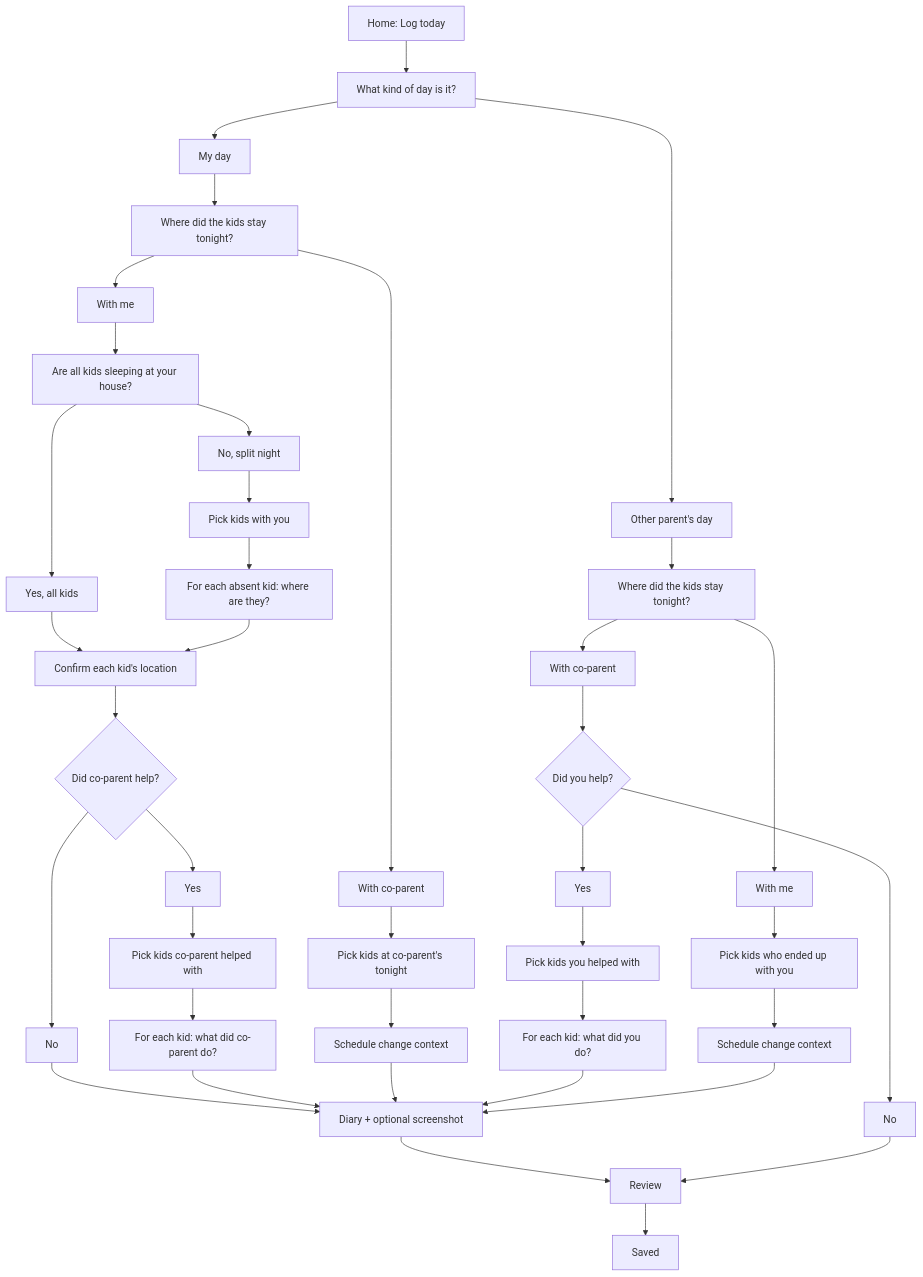
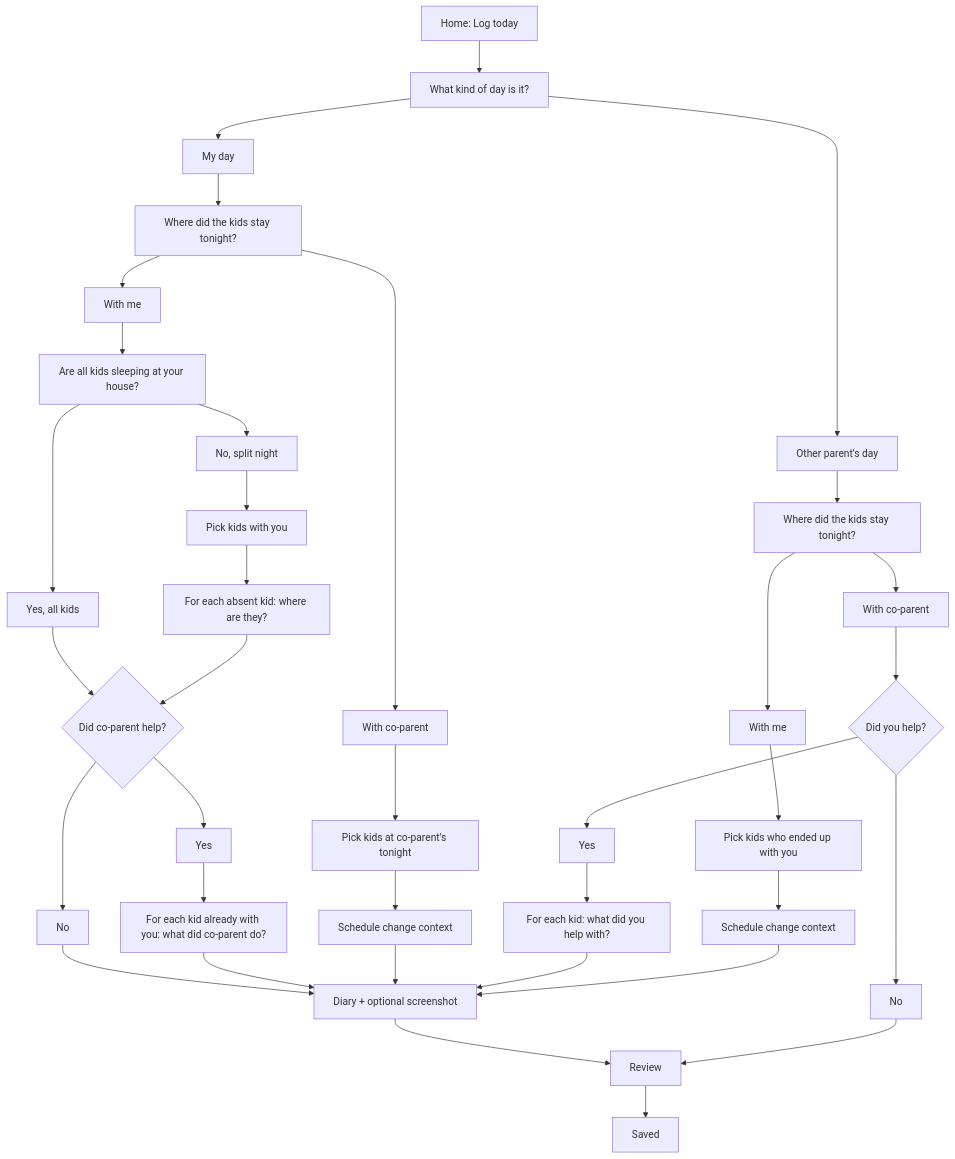
Before and after one commit to smrif/thomjrepo: the first of 2 diagrams in DECISION_TREE.md, drawn with Mermaid. The commit also changed other lines of this file and 3 other files, not shown here.

````diff
--- a/DECISION_TREE.md
+++ b/DECISION_TREE.md
@@ -7,49 +7,46 @@
 ```mermaid
 flowchart TD
   Start["Home: Log today"] --> DayType["What kind of day is it?"]
 
   DayType --> MyDay["My day"]
   DayType --> TheirDay["Other parent's day"]
 
   Review --> Saved["Saved"]
 
   MyDay --> MyDayActual["Where did the kids stay tonight?"]
   MyDayActual --> MyNormal["With me"]
   MyDayActual --> KidsAtCoParent["With co-parent"]
 
   MyNormal --> AllKidsHome["Are all kids sleeping at your house?"]
   AllKidsHome --> AllYes["Yes, all kids"]
   AllKidsHome --> SplitNight["No, split night"]
-  AllYes --> KidsConfirm["Confirm each kid's location"]
+  AllYes --> CoParentHelped{"Did co-parent help?"}
   SplitNight --> PickKidsHome["Pick kids with you"]
   PickKidsHome --> AbsentLoop["For each absent kid: where are they?"]
-  AbsentLoop --> KidsConfirm
-  KidsConfirm --> CoParentHelped{"Did co-parent help?"}
+  AbsentLoop --> CoParentHelped
   CoParentHelped --> NoCoParentHelp["No"]
   CoParentHelped --> YesCoParentHelp["Yes"]
   NoCoParentHelp --> Diary["Diary + optional screenshot"]
-  YesCoParentHelp --> PickCoParentHelpedKids["Pick kids co-parent helped with"]
-  PickCoParentHelpedKids --> CoParentHelpedActivity["For each kid: what did co-parent do?"]
+  YesCoParentHelp --> CoParentHelpedActivity["For each kid already with you: what did co-parent do?"]
   CoParentHelpedActivity --> Diary
   Diary --> Review
 
   KidsAtCoParent --> PickKidsAtCoParent["Pick kids at co-parent's tonight"]
   PickKidsAtCoParent --> ChangeContextDadDay["Schedule change context"]
   ChangeContextDadDay --> Diary
 
   TheirDay --> TheirDayActual["Where did the kids stay tonight?"]
   TheirDayActual --> CoParentHadKids["With co-parent"]
   TheirDayActual --> KidsWithMe["With me"]
 
   CoParentHadKids --> IHelped{"Did you help?"}
   IHelped --> NoIHelped["No"]
   IHelped --> YesIHelped["Yes"]
   NoIHelped --> Review
-  YesIHelped --> PickHelpedKids["Pick kids you helped with"]
-  PickHelpedKids --> HelpedActivity["For each kid: what did you do?"]
+  YesIHelped --> HelpedActivity["For each kid: what did you help with?"]
   HelpedActivity --> Diary
 
   KidsWithMe --> PickKidsWithMe["Pick kids who ended up with you"]
   PickKidsWithMe --> ChangeContextTheirDay["Schedule change context"]
   ChangeContextTheirDay --> Diary
 ```
````
